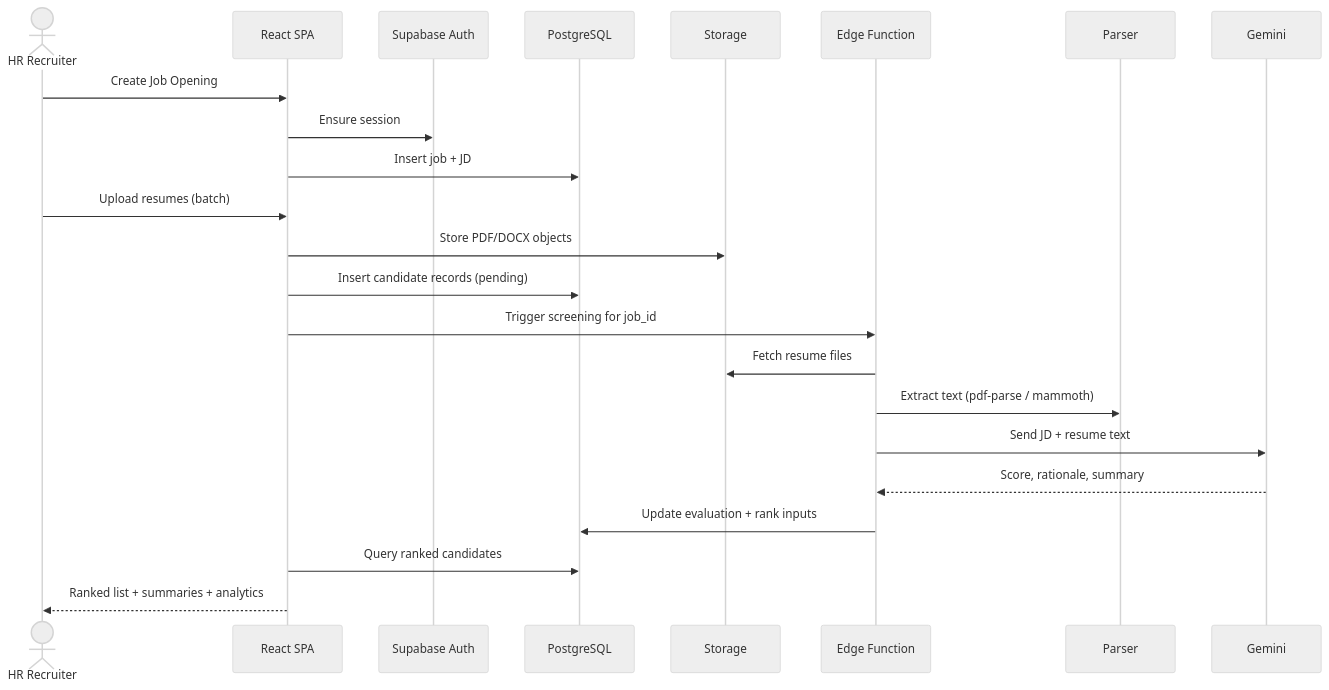
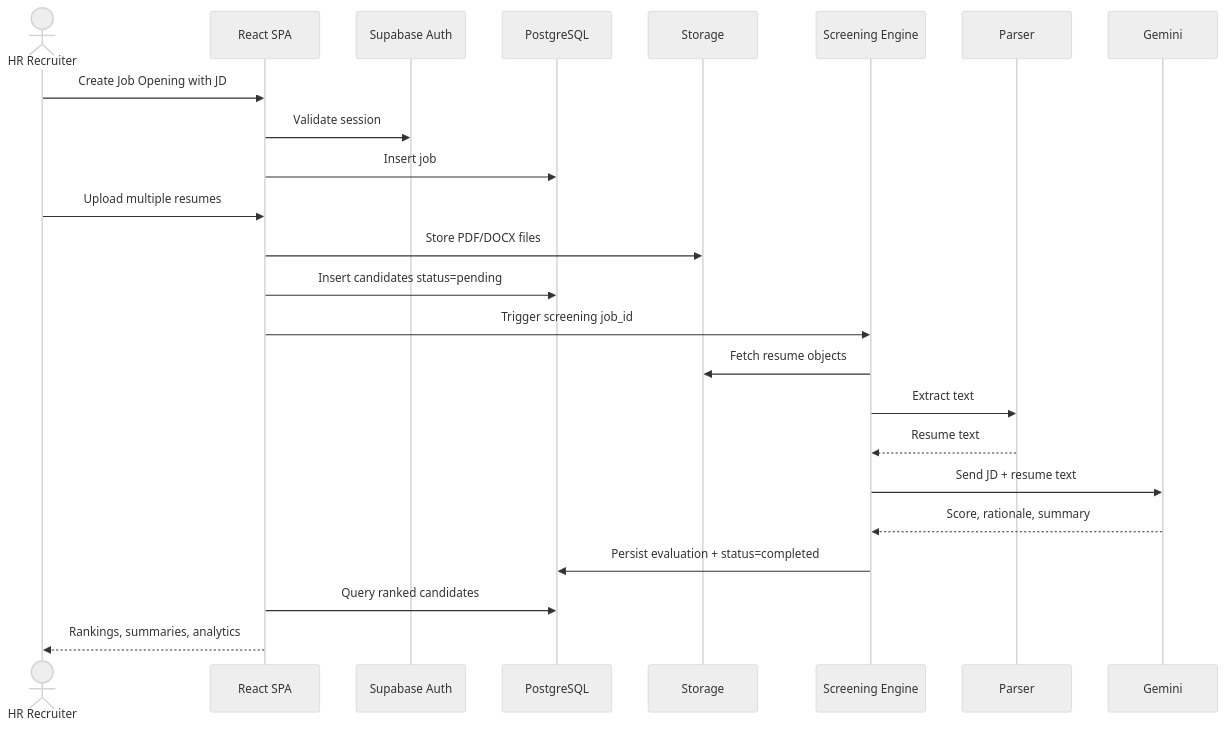
Before and after one commit to VishnuVardhan-CH-2022/resume-rank-ai-dev: diagram 11 of 12 in docs/01-requirements/01-Project-Architecture.md, drawn with Mermaid (neutral theme). The commit also changed other lines of this file and 1 other file, not shown here.

First line of the commit message:
Rewrite Project Architecture Document 01 (RR-ARCH-001 v2)

````diff
--- a/docs/01-requirements/01-Project-Architecture.md
+++ b/docs/01-requirements/01-Project-Architecture.md
@@ -413,26 +750,27 @@
 ```mermaid
 sequenceDiagram
   actor HR as HR Recruiter
   participant UI as React SPA
   participant Auth as Supabase Auth
   participant DB as PostgreSQL
   participant ST as Storage
-  participant FN as Edge Function
+  participant EF as Screening Engine
   participant P as Parser
   participant G as Gemini
 
-  HR->>UI: Create Job Opening
-  UI->>Auth: Ensure session
-  UI->>DB: Insert job + JD
-  HR->>UI: Upload resumes (batch)
-  UI->>ST: Store PDF/DOCX objects
-  UI->>DB: Insert candidate records (pending)
-  UI->>FN: Trigger screening for job_id
-  FN->>ST: Fetch resume files
-  FN->>P: Extract text (pdf-parse / mammoth)
-  FN->>G: Send JD + resume text
-  G-->>FN: Score, rationale, summary
-  FN->>DB: Update evaluation + rank inputs
+  HR->>UI: Create Job Opening with JD
+  UI->>Auth: Validate session
+  UI->>DB: Insert job
+  HR->>UI: Upload multiple resumes
+  UI->>ST: Store PDF/DOCX files
+  UI->>DB: Insert candidates status=pending
+  UI->>EF: Trigger screening job_id
+  EF->>ST: Fetch resume objects
+  EF->>P: Extract text
+  P-->>EF: Resume text
+  EF->>G: Send JD + resume text
+  G-->>EF: Score, rationale, summary
+  EF->>DB: Persist evaluation + status=completed
   UI->>DB: Query ranked candidates
-  UI-->>HR: Ranked list + summaries + analytics
+  UI-->>HR: Rankings, summaries, analytics
 ```
````
